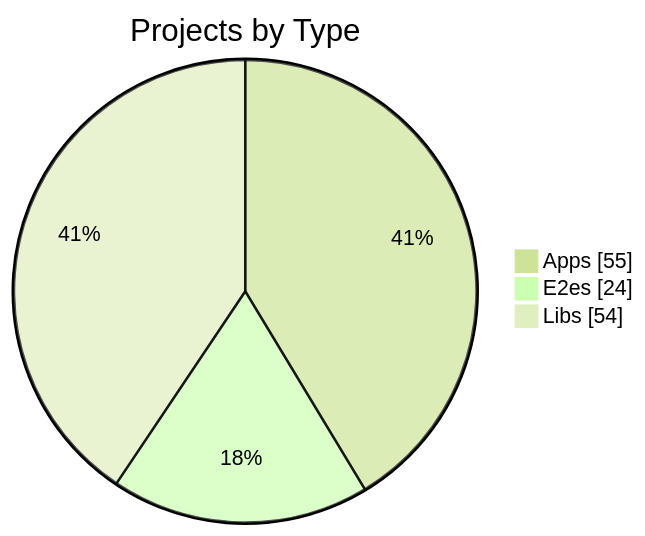
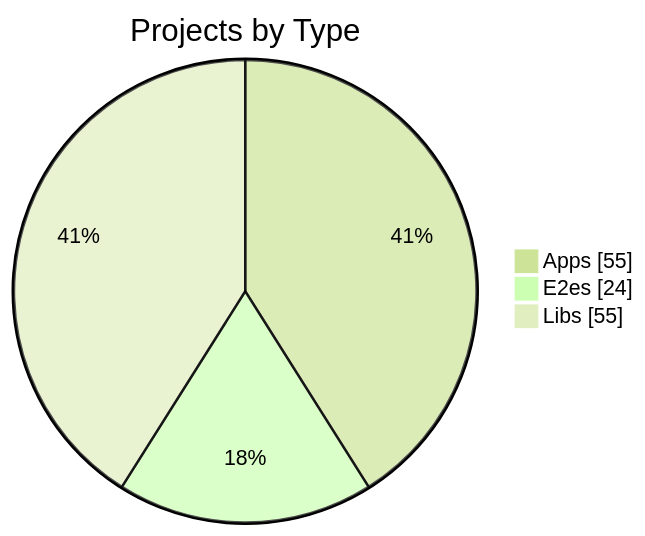
Before and after one commit to KBVE/kbve: the first of 3 diagrams in apps/kbve/astro-kbve/src/content/docs/dashboard/graph.mdx, drawn with Mermaid (forest theme). The commit also changed other lines of this file and 8 other files, not shown here.

````diff
--- a/apps/kbve/astro-kbve/src/content/docs/dashboard/graph.mdx
+++ b/apps/kbve/astro-kbve/src/content/docs/dashboard/graph.mdx
@@ -56,7 +56,7 @@
 ```mermaid
 pie showData
     title Projects by Type
     "Apps" : 55
     "E2es" : 24
-    "Libs" : 54
+    "Libs" : 55
 ```
````
